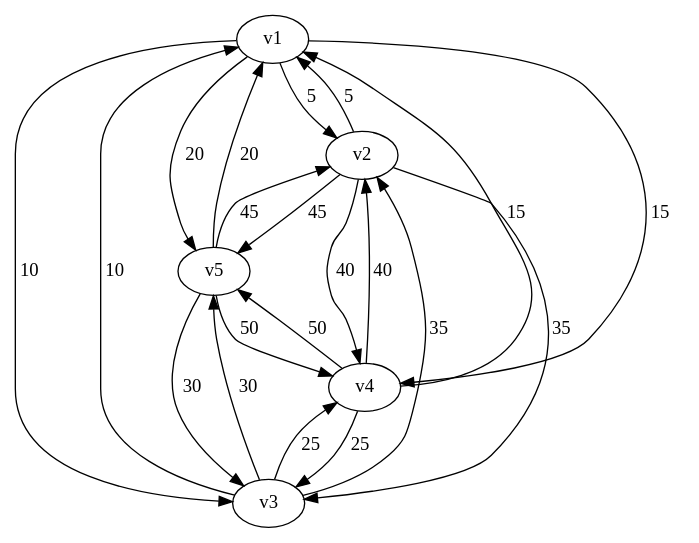
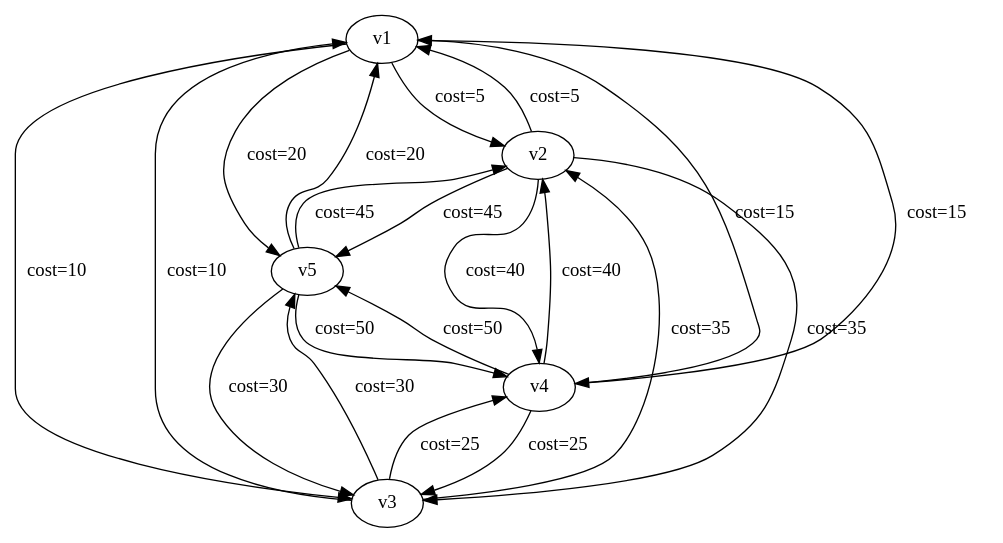
Before and after one commit to MaxPower9001/B-AI3GKAP: the diagram in io/graph_10.dot, drawn with Graphviz. The commit also changed 20 other files, not shown here.

```diff
--- a/io/graph_10.dot
+++ b/io/graph_10.dot
@@ -1,28 +1,28 @@
 digraph graph_10
 {
 v1
 v2
 v3
 v4
 v5
-v1 -> v2 [label="5  "]
-v1 -> v3 [label="10  "]
-v1 -> v4 [label="15  "]
-v1 -> v5 [label="20  "]
-v2 -> v1 [label="5  "]
-v2 -> v3 [label="35  "]
-v2 -> v4 [label="40  "]
-v2 -> v5 [label="45  "]
-v3 -> v1 [label="10  "]
-v3 -> v2 [label="35  "]
-v3 -> v4 [label="25  "]
-v3 -> v5 [label="30  "]
-v4 -> v1 [label="15  "]
-v4 -> v2 [label="40  "]
-v4 -> v3 [label="25  "]
-v4 -> v5 [label="50  "]
-v5 -> v1 [label="20  "]
-v5 -> v2 [label="45  "]
-v5 -> v3 [label="30  "]
-v5 -> v4 [label="50  "]
+v1 -> v2 [label="cost=5  "]
+v1 -> v3 [label="cost=10  "]
+v1 -> v4 [label="cost=15  "]
+v1 -> v5 [label="cost=20  "]
+v2 -> v1 [label="cost=5  "]
+v2 -> v3 [label="cost=35  "]
+v2 -> v4 [label="cost=40  "]
+v2 -> v5 [label="cost=45  "]
+v3 -> v1 [label="cost=10  "]
+v3 -> v2 [label="cost=35  "]
+v3 -> v4 [label="cost=25  "]
+v3 -> v5 [label="cost=30  "]
+v4 -> v1 [label="cost=15  "]
+v4 -> v2 [label="cost=40  "]
+v4 -> v3 [label="cost=25  "]
+v4 -> v5 [label="cost=50  "]
+v5 -> v1 [label="cost=20  "]
+v5 -> v2 [label="cost=45  "]
+v5 -> v3 [label="cost=30  "]
+v5 -> v4 [label="cost=50  "]
 }
```
